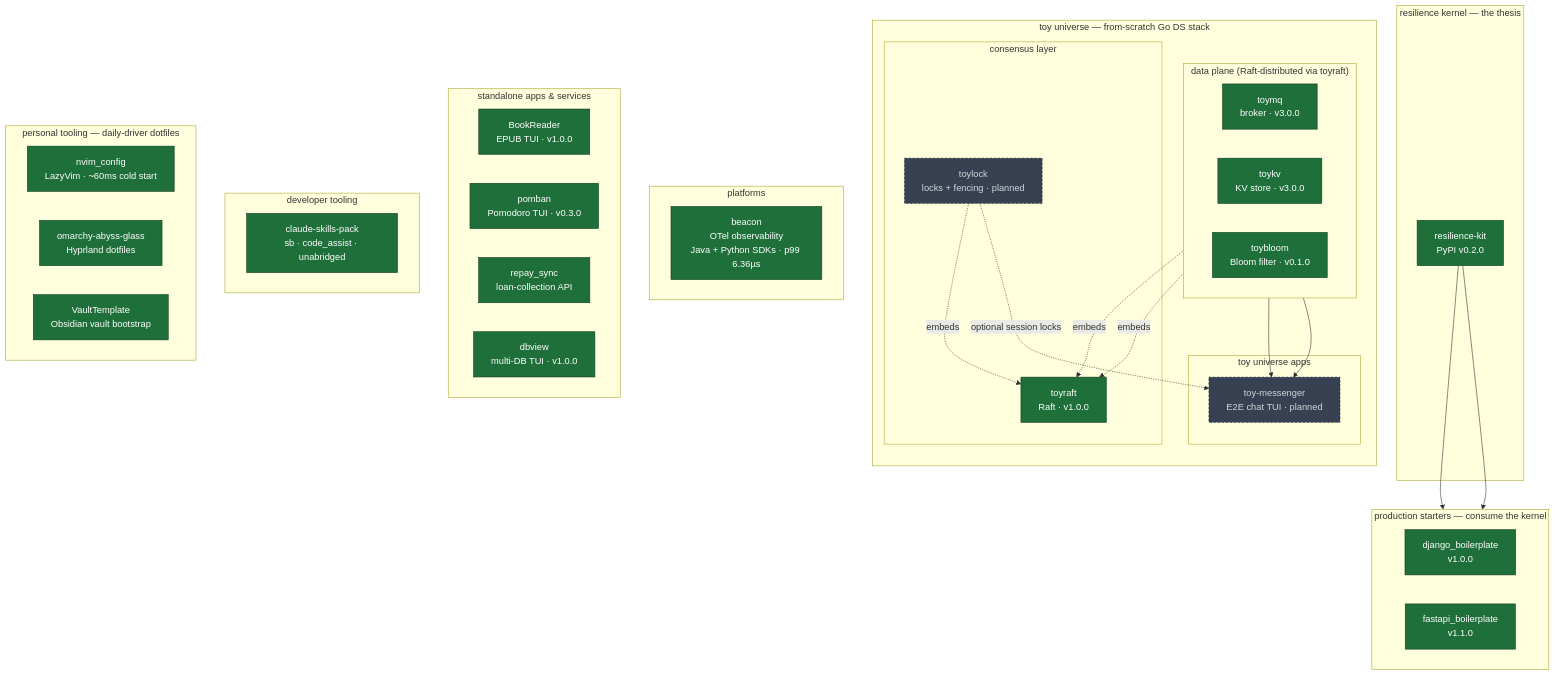
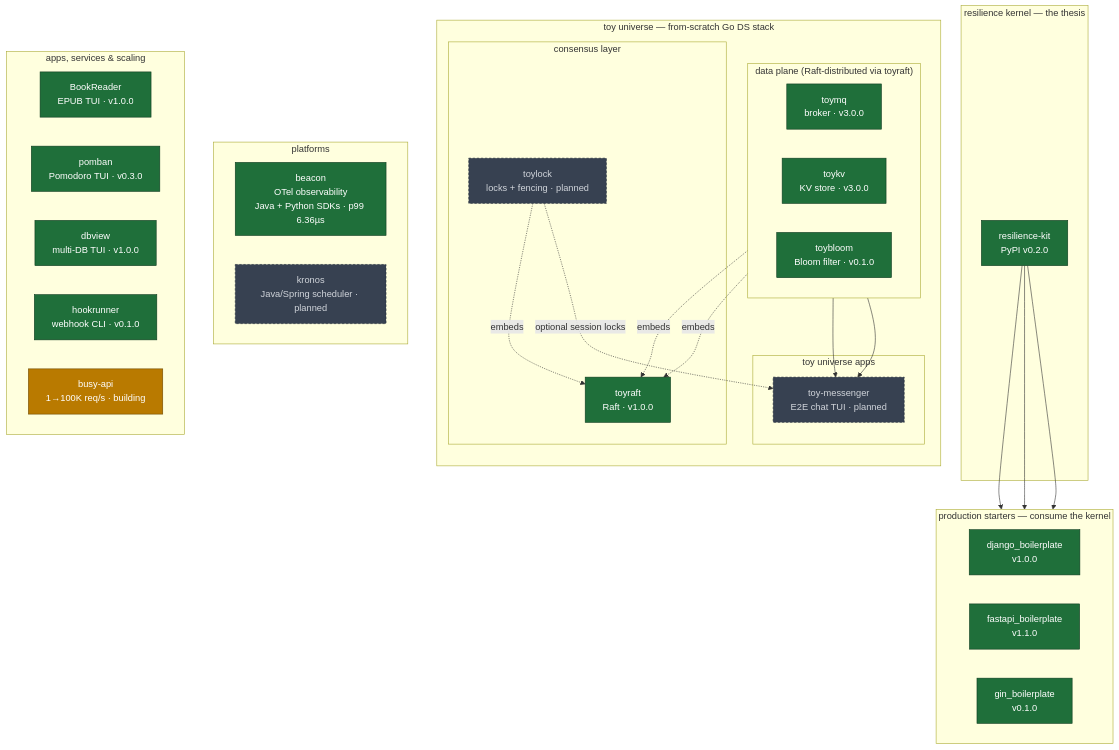
Before and after one commit to prajwalmahajan101/prajwalmahajan101: the diagram in README.md, drawn with Mermaid. The commit also changed other lines of this file and 2 other files, not shown here.

````diff
--- a/README.md
+++ b/README.md
@@ -20,69 +113,63 @@
 ```mermaid
 flowchart TB
     subgraph KERNEL["resilience kernel — the thesis"]
         K["resilience-kit<br/>PyPI v0.2.0"]
     end
 
     subgraph STARTERS["production starters — consume the kernel"]
         direction LR
         C1["django_boilerplate<br/>v1.0.0"]
         C2["fastapi_boilerplate<br/>v1.1.0"]
+        C3["gin_boilerplate<br/>v0.1.0"]
     end
 
     subgraph TOY["toy universe — from-scratch Go DS stack"]
         direction TB
         subgraph TOY_CONSENSUS["consensus layer"]
             P3["toyraft<br/>Raft · v1.0.0"]
             P5["toylock<br/>locks + fencing · planned"]
         end
         subgraph TOY_DATA["data plane (Raft-distributed via toyraft)"]
             direction LR
             P1["toymq<br/>broker · v3.0.0"]
             P2["toykv<br/>KV store · v3.0.0"]
             P6["toybloom<br/>Bloom filter · v0.1.0"]
         end
         subgraph TOY_APPS["toy universe apps"]
             P4["toy-messenger<br/>E2E chat TUI · planned"]
         end
     end
 
     subgraph PLATFORMS["platforms"]
         B["beacon<br/>OTel observability<br/>Java + Python SDKs · p99 6.36µs"]
+        KR["kronos<br/>Java/Spring scheduler · planned"]
     end
 
-    subgraph STANDALONE["standalone apps & services"]
+    subgraph APPS["apps, services & scaling"]
         direction LR
         A1["BookReader<br/>EPUB TUI · v1.0.0"]
         A2["pomban<br/>Pomodoro TUI · v0.3.0"]
-        A3["repay_sync<br/>loan-collection API"]
-        A4["dbview<br/>multi-DB TUI · v1.0.0"]
-    end
-
-    subgraph DEVTOOLS["developer tooling"]
-        T1["claude-skills-pack<br/>sb · code_assist · unabridged"]
-    end
-
-    subgraph PERSONAL["personal tooling — daily-driver dotfiles"]
-        direction LR
-        T2["nvim_config<br/>LazyVim · ~60ms cold start"]
-        T3["omarchy-abyss-glass<br/>Hyprland dotfiles"]
-        T4["VaultTemplate<br/>Obsidian vault bootstrap"]
+        A3["dbview<br/>multi-DB TUI · v1.0.0"]
+        A4["hookrunner<br/>webhook CLI · v0.1.0"]
+        A5["busy-api<br/>1→100K req/s · building"]
     end
 
     K --> C1
     K --> C2
+    K --> C3
 
     P1 -.embeds.-> P3
     P2 -.embeds.-> P3
     P5 -.embeds.-> P3
 
     P1 --> P4
     P2 --> P4
     P5 -.optional session locks.-> P4
 
     classDef shipped fill:#1f6f3a,stroke:#0d3a1e,color:#fff;
     classDef active  fill:#b97a00,stroke:#6e4900,color:#fff;
     classDef planned fill:#374151,stroke:#1f2937,color:#d1d5db,stroke-dasharray: 4 3;
-    class K,P1,P2,P3,P6,B,C1,C2,A1,A2,A3,A4,T1,T2,T3,T4 shipped;
-    class P4,P5 planned;
+    class K,P1,P2,P3,P6,B,C1,C2,C3,A1,A2,A3,A4 shipped;
+    class A5 active;
+    class P4,P5,KR planned;
 ```
````
